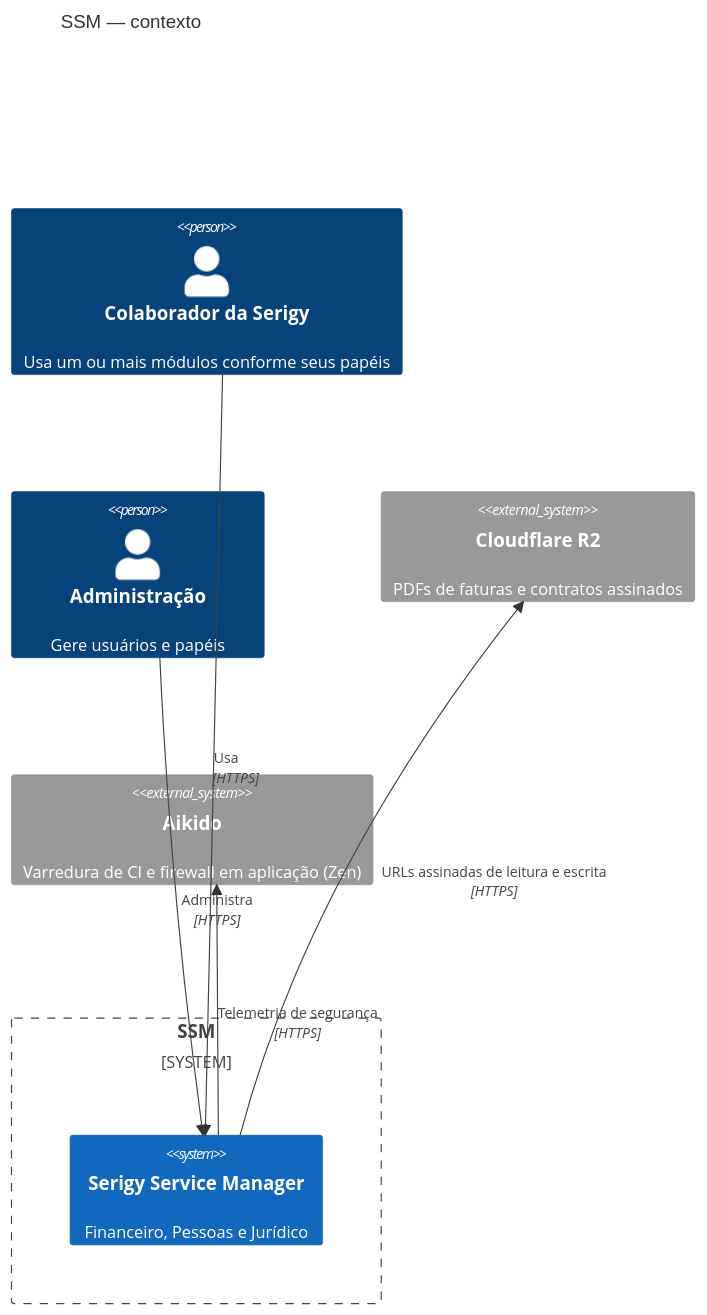
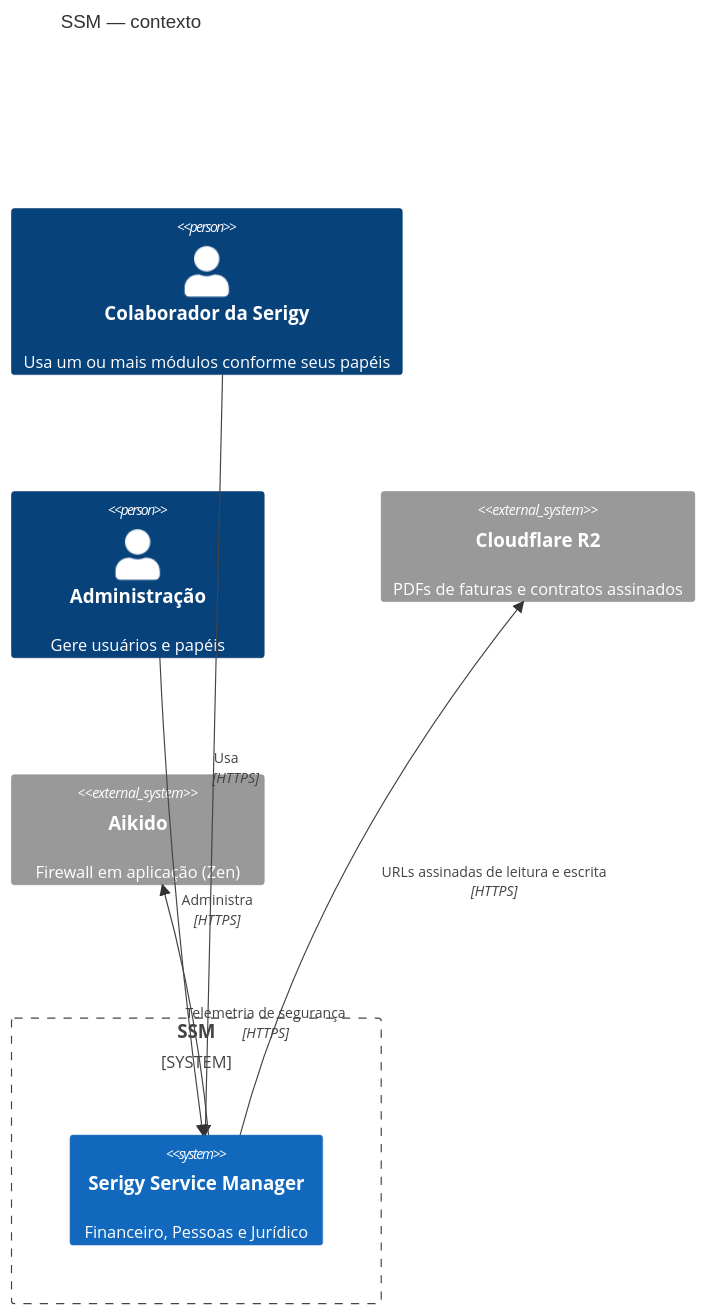
Before and after one commit to Serigy/ssm: the first of 3 diagrams in docs/architecture/visao-geral.md, drawn with Mermaid. The commit also changed 9 other files, not shown here.

First line of the commit message:
Tira a varredura e o MCP da Aikido do projeto

````diff
--- a/docs/architecture/visao-geral.md
+++ b/docs/architecture/visao-geral.md
@@ -24,19 +24,19 @@
 ```mermaid
 C4Context
   title SSM — contexto
 
   Person(colaborador, "Colaborador da Serigy", "Usa um ou mais módulos conforme seus papéis")
   Person(admin, "Administração", "Gere usuários e papéis")
 
   System_Boundary(ssm, "SSM") {
     System(app, "Serigy Service Manager", "Financeiro, Pessoas e Jurídico")
   }
 
   System_Ext(r2, "Cloudflare R2", "PDFs de faturas e contratos assinados")
-  System_Ext(aikido, "Aikido", "Varredura de CI e firewall em aplicação (Zen)")
+  System_Ext(aikido, "Aikido", "Firewall em aplicação (Zen)")
 
   Rel(colaborador, app, "Usa", "HTTPS")
   Rel(admin, app, "Administra", "HTTPS")
   Rel(app, r2, "URLs assinadas de leitura e escrita", "HTTPS")
   Rel(app, aikido, "Telemetria de segurança", "HTTPS")
 ```
````
